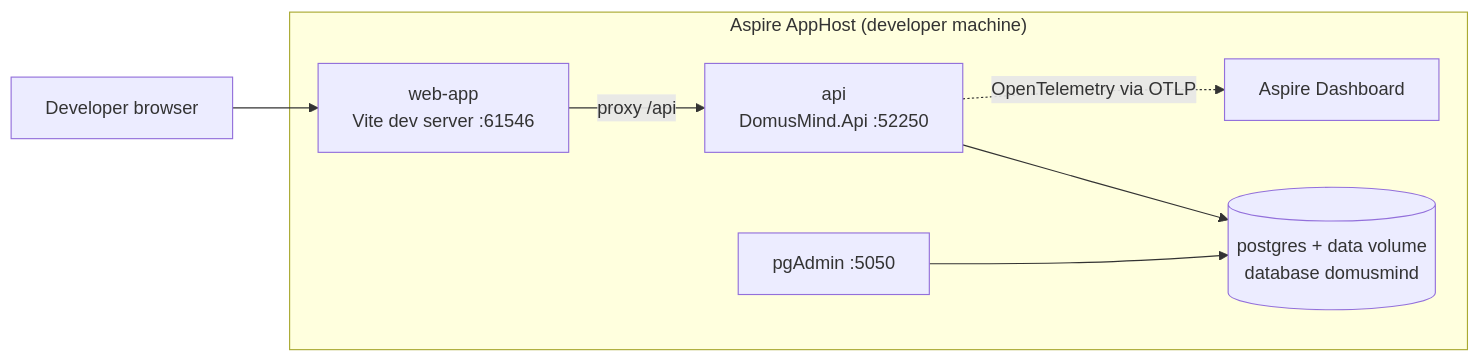
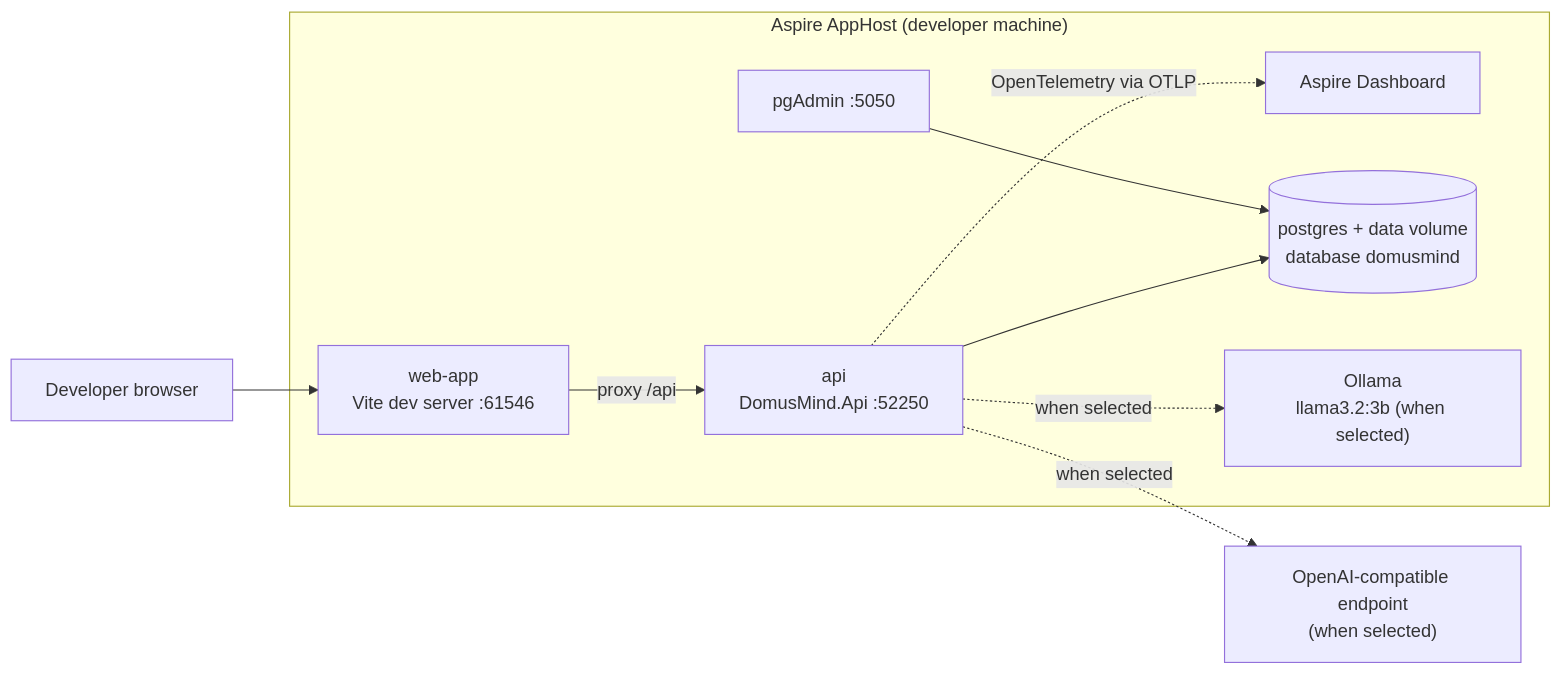
Before and after one commit to juangcarmona/domusmind: the second of 2 diagrams in docs/architecture/07-deployment-view.md, drawn with Mermaid. The commit also changed other lines of this file and 124 other files, not shown here.

````diff
--- a/docs/architecture/07-deployment-view.md
+++ b/docs/architecture/07-deployment-view.md
@@ -100,16 +105,20 @@
 ```mermaid
 flowchart LR
     dev["Developer browser"]
     subgraph aspire["Aspire AppHost (developer machine)"]
         dashboard["Aspire Dashboard"]
         vite["web-app<br/>Vite dev server :61546"]
         api["api<br/>DomusMind.Api :52250"]
         pg[("postgres + data volume<br/>database domusmind")]
         pgadmin["pgAdmin :5050"]
+        model["Ollama<br/>llama3.2:3b (when selected)"]
     end
+    external["OpenAI-compatible endpoint<br/>(when selected)"]
     dev --> vite
     vite -- "proxy /api" --> api
     api --> pg
+    api -. "when selected" .-> model
+    api -. "when selected" .-> external
     pgadmin --> pg
     api -. "OpenTelemetry via OTLP" .-> dashboard
 ```
````
